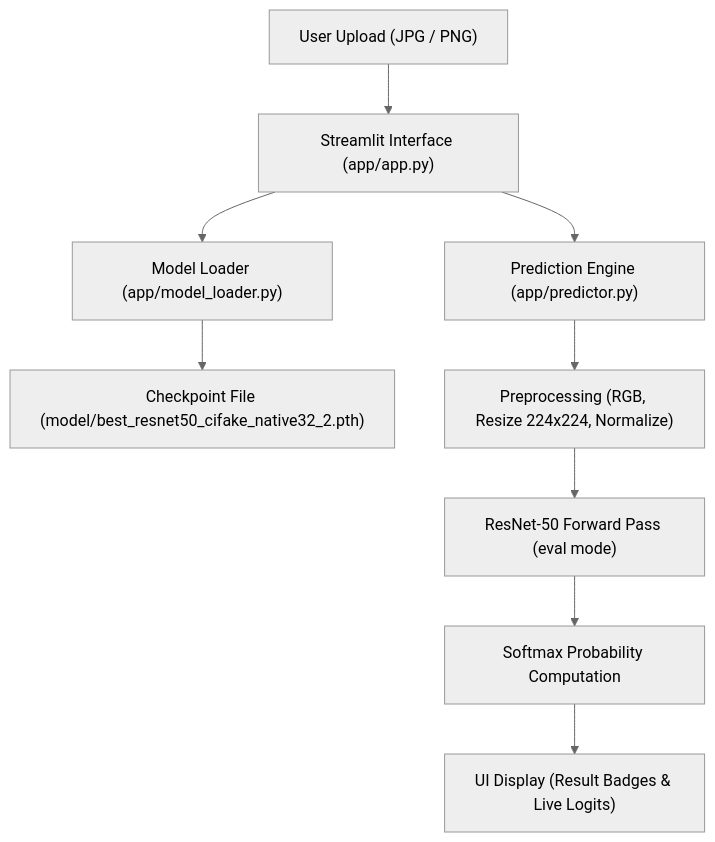
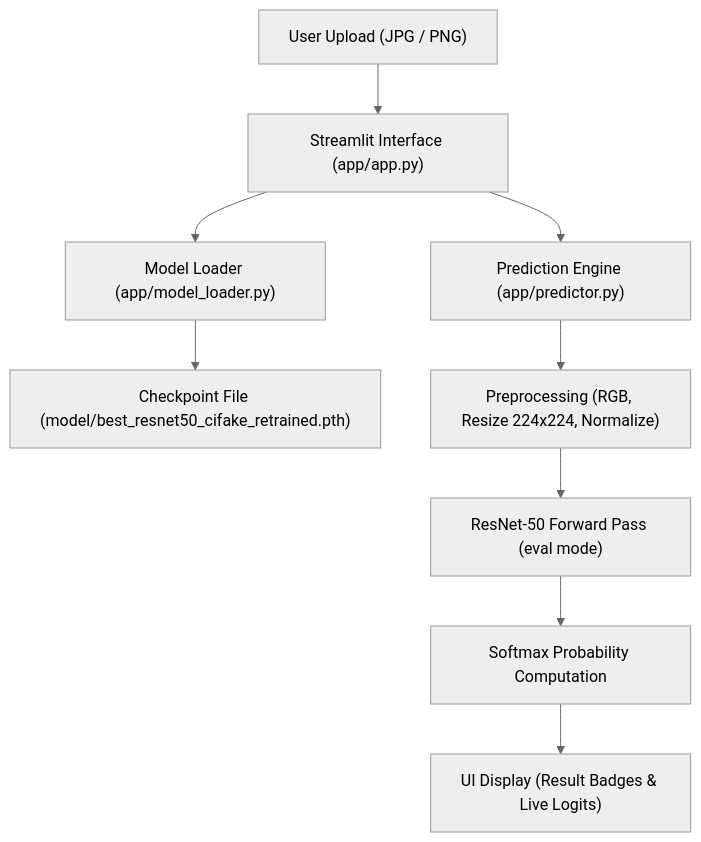
One commit to rominkevadiya/ALGONAUTS_INTERNAL_LJ_HACK changed the first of 3 diagrams in docs/02_system_architecture.md. Above: the diagram before and after it, drawn with Mermaid (neutral theme). The commit also changed other lines of this file and 34 other files, not shown here.

````diff
--- a/docs/02_system_architecture.md
+++ b/docs/02_system_architecture.md
@@ -38,11 +38,11 @@
 ```mermaid
 graph TD
     User["User Upload (JPG / PNG)"] --> UI["Streamlit Interface (app/app.py)"]
     UI --> Loader["Model Loader (app/model_loader.py)"]
-    Loader --> Checkpoint["Checkpoint File (model/best_resnet50_cifake_native32_2.pth)"]
+    Loader --> Checkpoint["Checkpoint File (model/best_resnet50_cifake_retrained.pth)"]
     UI --> Predictor["Prediction Engine (app/predictor.py)"]
     Predictor --> Preproc["Preprocessing (RGB, Resize 224x224, Normalize)"]
     Preproc --> Forward["ResNet-50 Forward Pass (eval mode)"]
     Forward --> Softmax["Softmax Probability Computation"]
     Softmax --> Output["UI Display (Result Badges & Live Logits)"]
 ```
````
